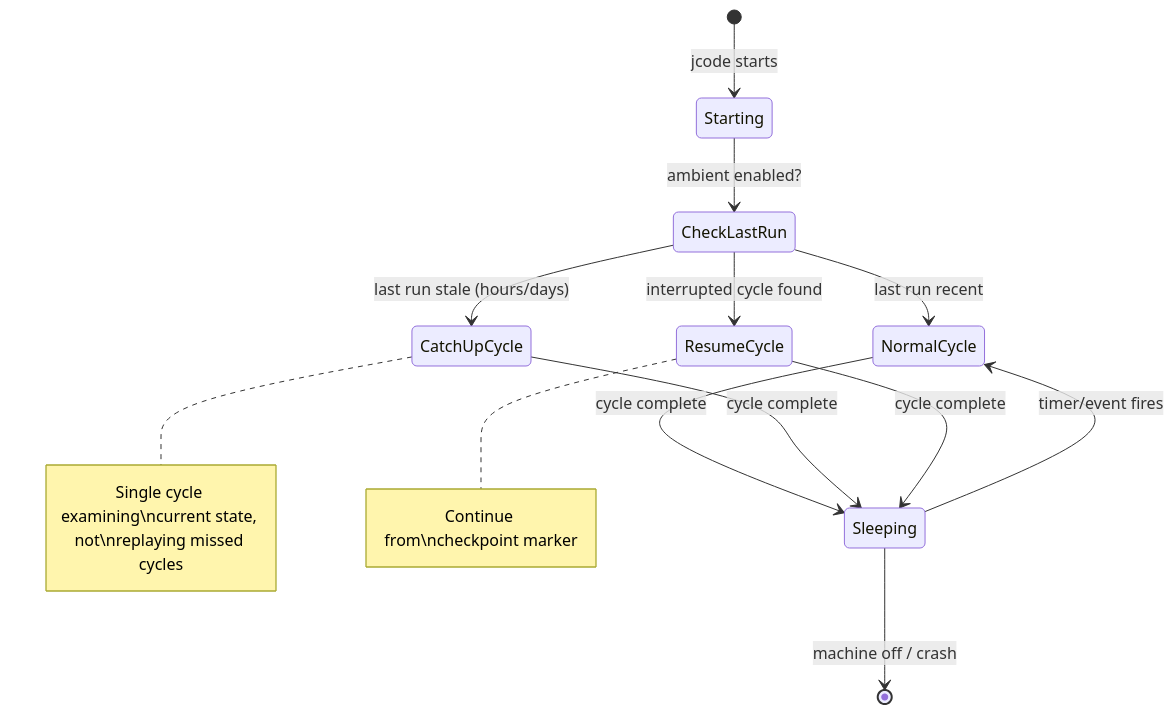
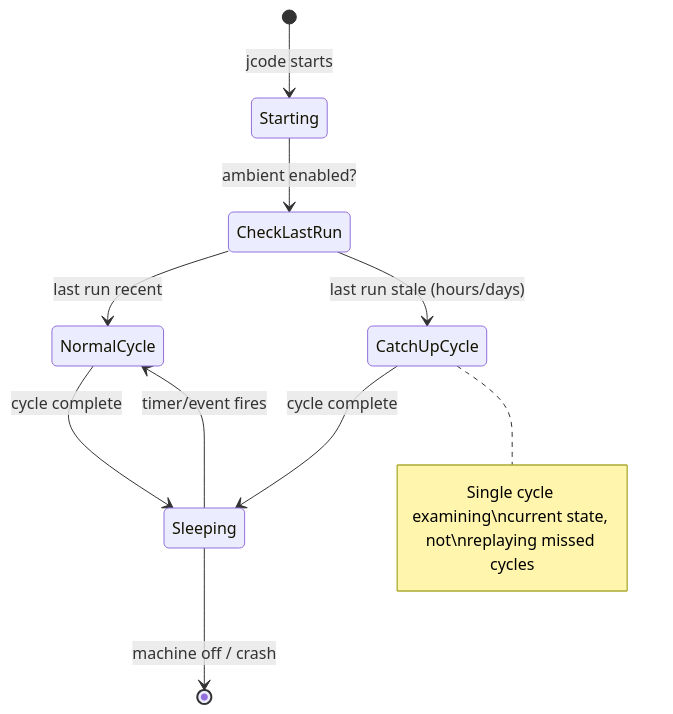
Before and after one commit to indrajeetadityaroy9/jcode: the eighth of 8 diagrams in docs/AMBIENT_MODE.md, drawn with Mermaid. The commit also changed other lines of this file and 167 other files, not shown here.

````diff
--- a/docs/AMBIENT_MODE.md
+++ b/docs/AMBIENT_MODE.md
@@ -856,20 +1113,17 @@
 ```mermaid
 stateDiagram-v2
     [*] --> Starting: jcode starts
     Starting --> CheckLastRun: ambient enabled?
 
     CheckLastRun --> NormalCycle: last run recent
     CheckLastRun --> CatchUpCycle: last run stale (hours/days)
-    CheckLastRun --> ResumeCycle: interrupted cycle found
 
     NormalCycle --> Sleeping: cycle complete
     CatchUpCycle --> Sleeping: cycle complete
-    ResumeCycle --> Sleeping: cycle complete
 
     Sleeping --> NormalCycle: timer/event fires
     Sleeping --> [*]: machine off / crash
 
     note right of CatchUpCycle: Single cycle examining\ncurrent state, not\nreplaying missed cycles
 
-    note right of ResumeCycle: Continue from\ncheckpoint marker
 ```
````
